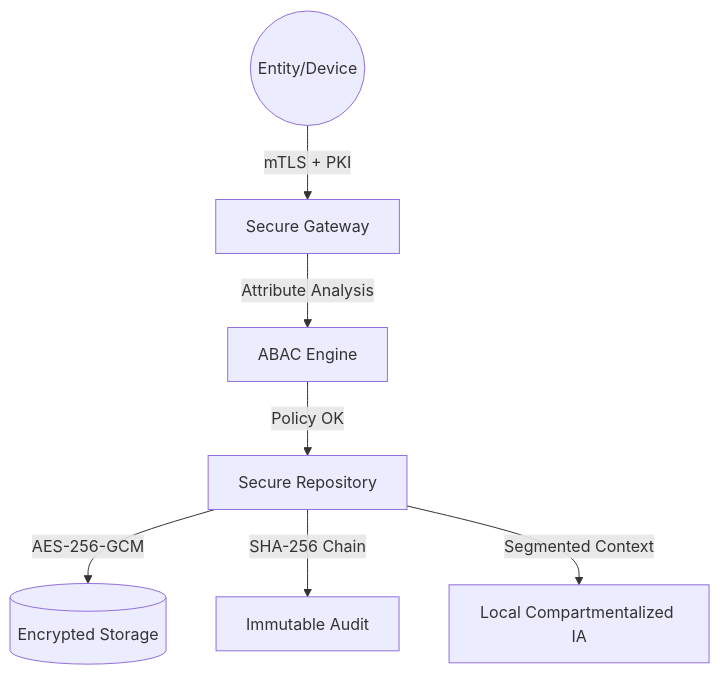
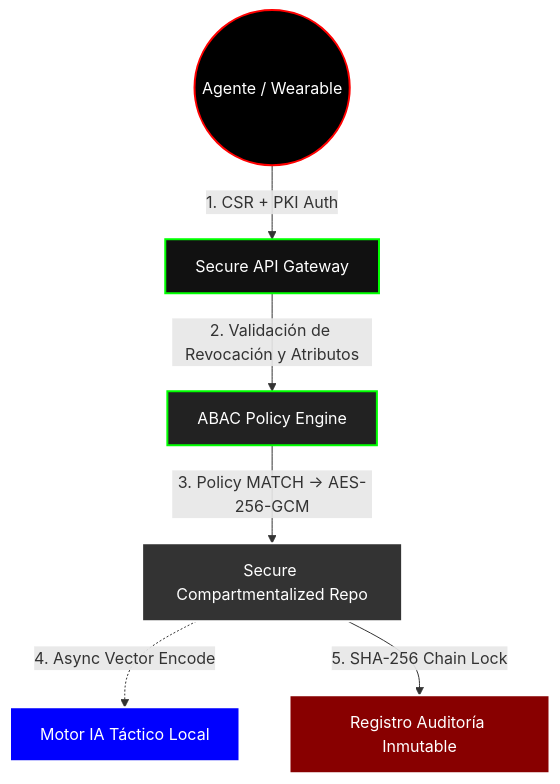
One commit to murdok1982/SpyManager changed the diagram in README.md. Above: the diagram before and after it, drawn with Mermaid. The commit also changed other lines of this file and 5 other files, not shown here.

Commit message:
Security and Architectural Refactoring by @murdok1982

````diff
--- a/README.md
+++ b/README.md
@@ -14,9 +33,14 @@
 ```mermaid
 graph TD
-    User((Entity/Device)) -->|mTLS + PKI| Gateway[Secure Gateway]
-    Gateway -->|Attribute Analysis| ABAC[ABAC Engine]
-    ABAC -->|Policy OK| Repo[Secure Repository]
-    Repo -->|AES-256-GCM| Storage[(Encrypted Storage)]
-    Repo -->|SHA-256 Chain| Audit[Immutable Audit]
-    Repo -->|Segmented Context| AI[Local Compartmentalized IA]
+    User((Agente / Wearable)) -->|1. CSR + PKI Auth| Gateway[Secure API Gateway]
+    Gateway -->|2. Validación de Revocación y Atributos| ABAC[ABAC Policy Engine]
+    ABAC -->|3. Policy MATCH -> AES-256-GCM| Repo[Secure Compartmentalized Repo]
+    Repo -.->|4. Async Vector Encode| AI[Motor IA Táctico Local]
+    Repo -->|5. SHA-256 Chain Lock| Audit[Registro Auditoría Inmutable]
+    style User fill:#000,stroke:#f00,stroke-width:2px,color:#fff
+    style Gateway fill:#111,stroke:#0f0,stroke-width:2px,color:#fff
+    style ABAC fill:#222,stroke:#0f0,stroke-width:2px,color:#fff
+    style Repo fill:#333,stroke:#fff,stroke-width:2px,color:#fff
+    style AI fill:#00f,stroke:#fff,stroke-width:2px,color:#fff
+    style Audit fill:#800,stroke:#fff,stroke-width:2px,color:#fff
 ```
````
